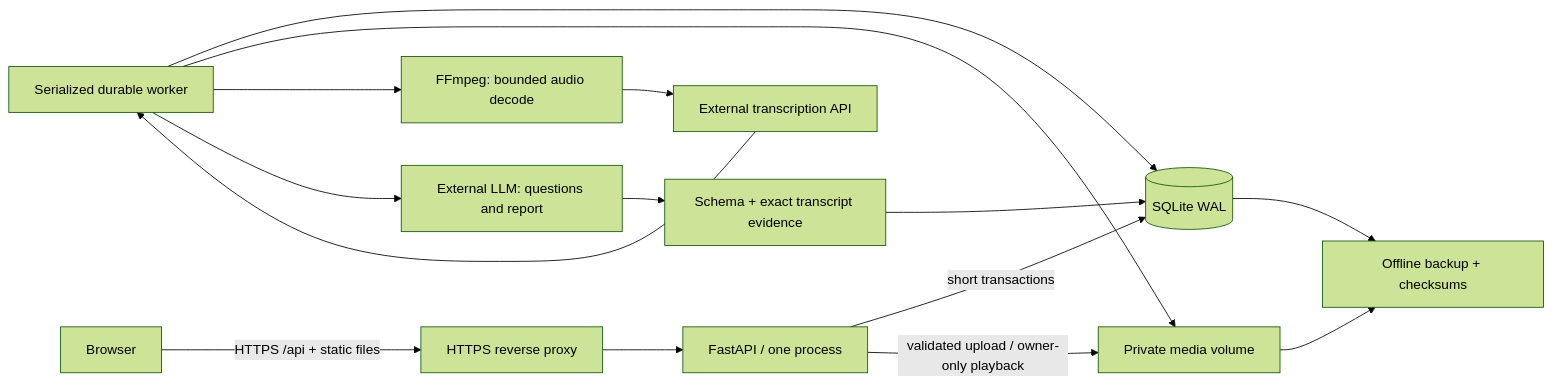
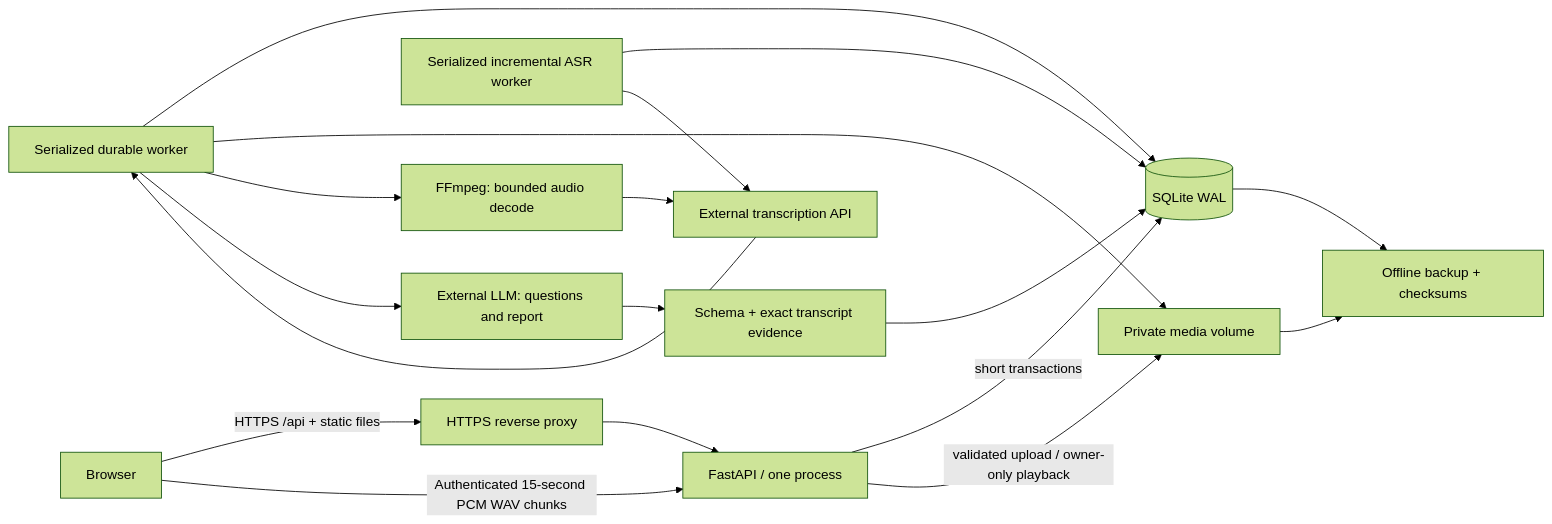
Before and after one commit to timkuzma/no-fear-public-speaking: the diagram in docs/architecture.md, drawn with Mermaid (forest theme). The commit also changed other lines of this file and 22 other files, not shown here.

````diff
--- a/docs/architecture.md
+++ b/docs/architecture.md
@@ -5,17 +5,20 @@
 ```mermaid
 flowchart LR
   User[Browser] -->|HTTPS /api + static files| Proxy[HTTPS reverse proxy]
   Proxy --> App[FastAPI / one process]
   App -->|short transactions| DB[(SQLite WAL)]
   App -->|validated upload / owner-only playback| Media[Private media volume]
   Worker[Serialized durable worker] --> DB
+  User -->|Authenticated 15-second PCM WAV chunks| App
+  Live[Serialized incremental ASR worker] --> DB
+  Live --> STT
   Worker --> Media
   Worker --> Decode[FFmpeg: bounded audio decode]
   Decode --> STT[External transcription API]
   Worker --> LLM[External LLM: questions and report]
   STT --> Worker
   LLM --> Validate[Schema + exact transcript evidence]
   Validate --> DB
   DB --> Backup[Offline backup + checksums]
   Media --> Backup
 ```
````
